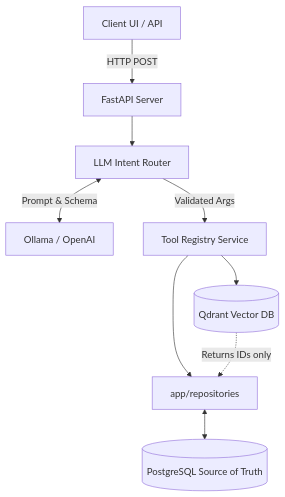
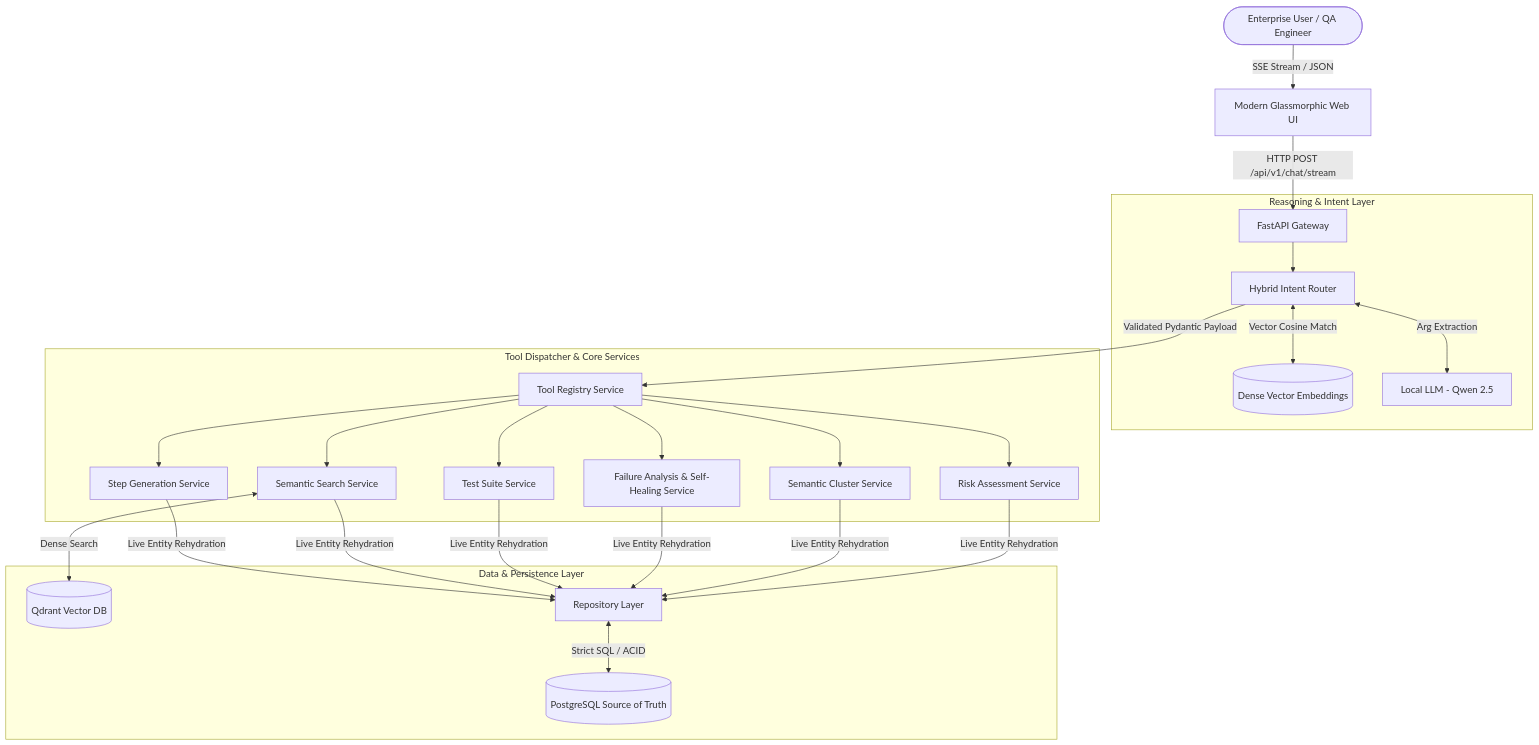
The diagram in README.md (WinfoJayantT/WINFOAI), drawn with Mermaid before and after one commit. The commit also changed other lines of this file, not shown here.

Commit message:
docs: update README.md with comprehensive enterprise architecture, hybrid RAG, zero-hardcoding guardrails, API reference, and quickstart guide

````diff
--- a/README.md
+++ b/README.md
@@ -26,14 +60,27 @@
 ```mermaid
 graph TD
-    Client[Client UI / API] -->|HTTP POST| FastAPI[FastAPI Server]
-    FastAPI --> IntentRouter[LLM Intent Router]
+    User([Enterprise User / QA Engineer]) -->|SSE Stream / JSON| WebUI[Modern Glassmorphic Web UI]
+    WebUI -->|HTTP POST /api/v1/chat/stream| FastAPI[FastAPI Gateway]
     
-    IntentRouter <-->|Prompt & Schema| LLM[Ollama / OpenAI]
-    IntentRouter -->|Validated Args| ToolRegistry[Tool Registry Service]
+    subgraph "Reasoning & Intent Layer"
+        FastAPI --> HybridRouter[Hybrid Intent Router]
+        HybridRouter <-->|Vector Cosine Match| IntentAnchors[(Dense Vector Embeddings)]
+        HybridRouter <-->|Arg Extraction| LocalLLM[Local LLM - Qwen 2.5]
+    end
     
-    ToolRegistry --> VectorDB[(Qdrant Vector DB)]
-    ToolRegistry --> RepoLayer[app/repositories]
+    subgraph "Tool Dispatcher & Core Services"
+        HybridRouter -->|Validated Pydantic Payload| ToolRegistry[Tool Registry Service]
+        ToolRegistry --> StepGen[Step Generation Service]
+        ToolRegistry --> SearchService[Semantic Search Service]
+        ToolRegistry --> SuiteService[Test Suite Service]
+        ToolRegistry --> FailureService[Failure Analysis & Self-Healing Service]
+        ToolRegistry --> ClusterService[Semantic Cluster Service]
+        ToolRegistry --> RiskService[Risk Assessment Service]
+    end
     
-    VectorDB -.->|Returns IDs only| RepoLayer
-    RepoLayer <--> Postgres[(PostgreSQL Source of Truth)]
+    subgraph "Data & Persistence Layer"
+        SearchService <-->|Dense Search| Qdrant[(Qdrant Vector DB)]
+        StepGen & SearchService & SuiteService & FailureService & ClusterService & RiskService -->|Live Entity Rehydration| RepoLayer[Repository Layer]
+        RepoLayer <-->|Strict SQL / ACID| PostgreSQL[(PostgreSQL Source of Truth)]
+    end
 ```
````
